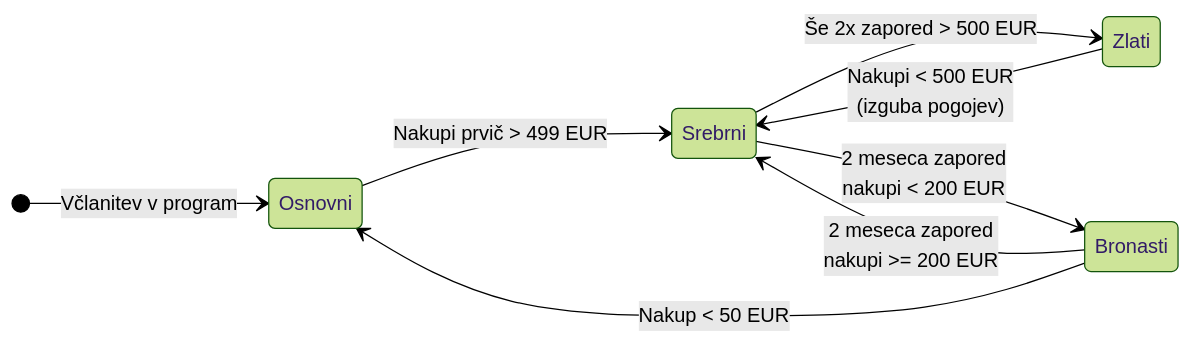
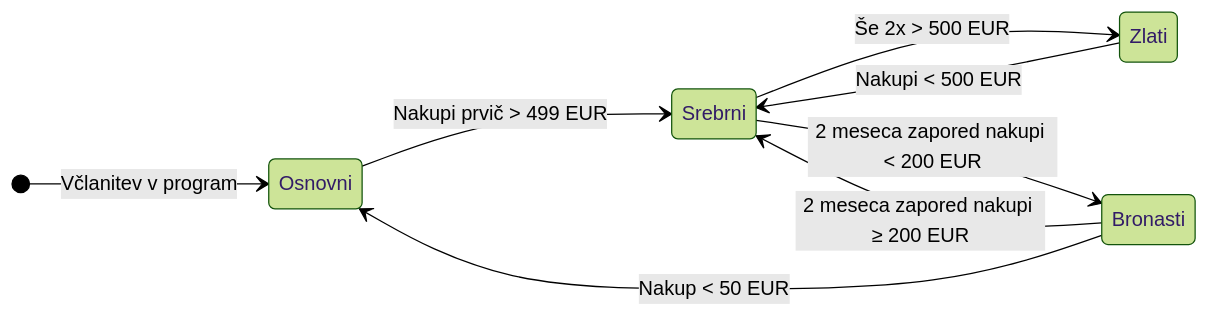
One commit to Matic82/RIS2026 changed the diagram in Sistemske_zahteve.md. Above: the diagram before and after it, drawn with Mermaid (forest theme). The commit also changed other lines of this file, not shown here.

````diff
--- a/Sistemske_zahteve.md
+++ b/Sistemske_zahteve.md
@@ -41,14 +107,15 @@
 ```mermaid
 stateDiagram-v2
     direction LR
     [*] --> Osnovni : Včlanitev v program
+
     Osnovni --> Srebrni : Nakupi prvič > 499 EUR
-    
-    Srebrni --> Zlati : Še 2x zapored > 500 EUR
-    Zlati --> Srebrni : Nakupi < 500 EUR<br>(izguba pogojev)
-    
-    Srebrni --> Bronasti : 2 meseca zapored<br>nakupi < 200 EUR
-    Bronasti --> Srebrni : 2 meseca zapored<br>nakupi >= 200 EUR
-    
+
+    Srebrni --> Zlati : Še 2x > 500 EUR
+    Srebrni --> Bronasti : 2 meseca zapored nakupi < 200 EUR
+
+    Zlati --> Srebrni : Nakupi < 500 EUR
+
+    Bronasti --> Srebrni : 2 meseca zapored nakupi ≥ 200 EUR
     Bronasti --> Osnovni : Nakup < 50 EUR
 ```
````
